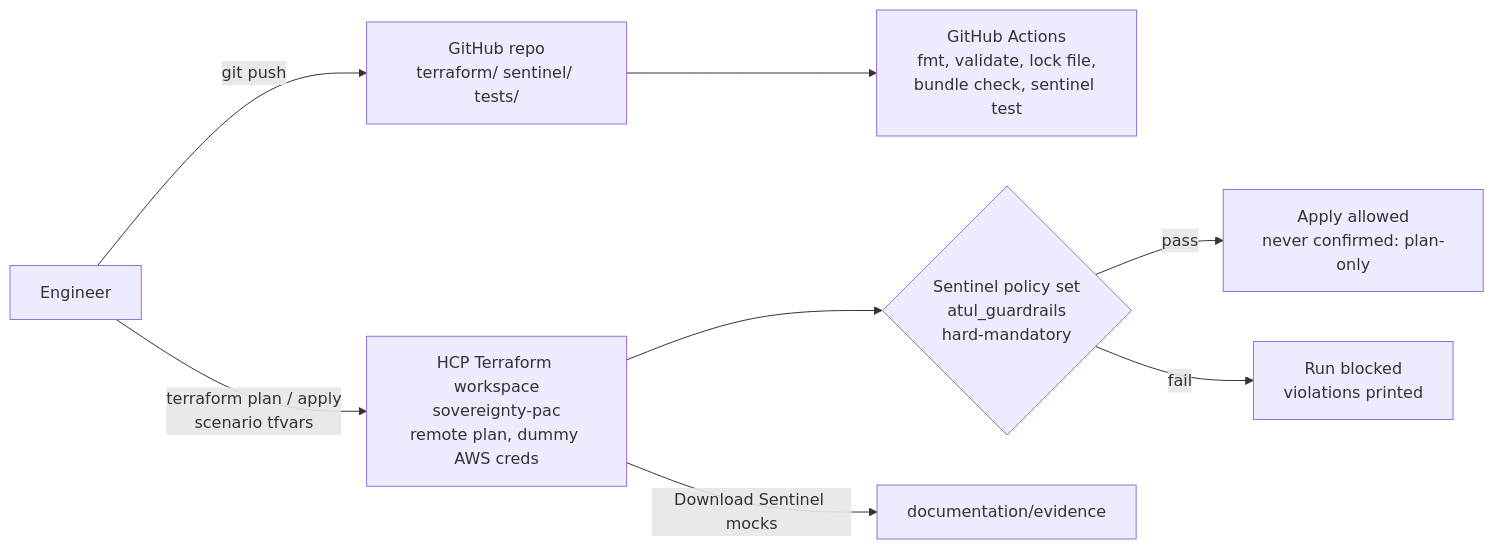
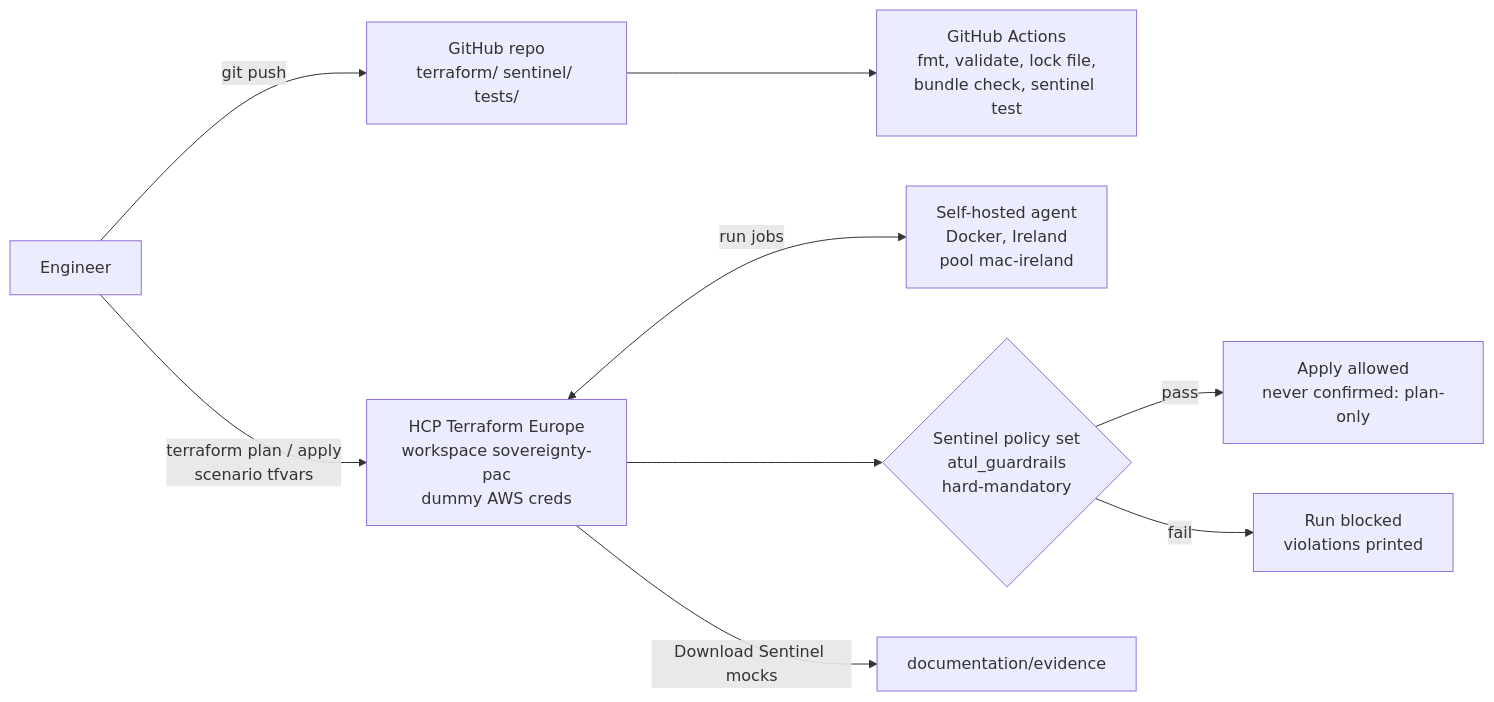
The diagram in README.md (ace-perez/terraform-sovereignty-pac), drawn with Mermaid before and after one commit. The commit also changed other lines of this file and 41 other files, not shown here.

````diff
--- a/README.md
+++ b/README.md
@@ -34,10 +34,11 @@
 ```mermaid
 flowchart LR
     dev[Engineer] -->|git push| gh[GitHub repo<br/>terraform/ sentinel/ tests/]
     gh --> ci[GitHub Actions<br/>fmt, validate, lock file,<br/>bundle check, sentinel test]
-    dev -->|terraform plan / apply<br/>scenario tfvars| hcp[HCP Terraform workspace<br/>sovereignty-pac<br/>remote plan, dummy AWS creds]
+    dev -->|terraform plan / apply<br/>scenario tfvars| hcp[HCP Terraform Europe<br/>workspace sovereignty-pac<br/>dummy AWS creds]
+    hcp <-->|run jobs| agent[Self-hosted agent<br/>Docker, Ireland<br/>pool mac-ireland]
     hcp --> pol{Sentinel policy set<br/>atul_guardrails<br/>hard-mandatory}
     pol -->|pass| ok[Apply allowed<br/>never confirmed: plan-only]
     pol -->|fail| block[Run blocked<br/>violations printed]
     hcp -->|Download Sentinel mocks| ev[documentation/evidence]
 ```
````
